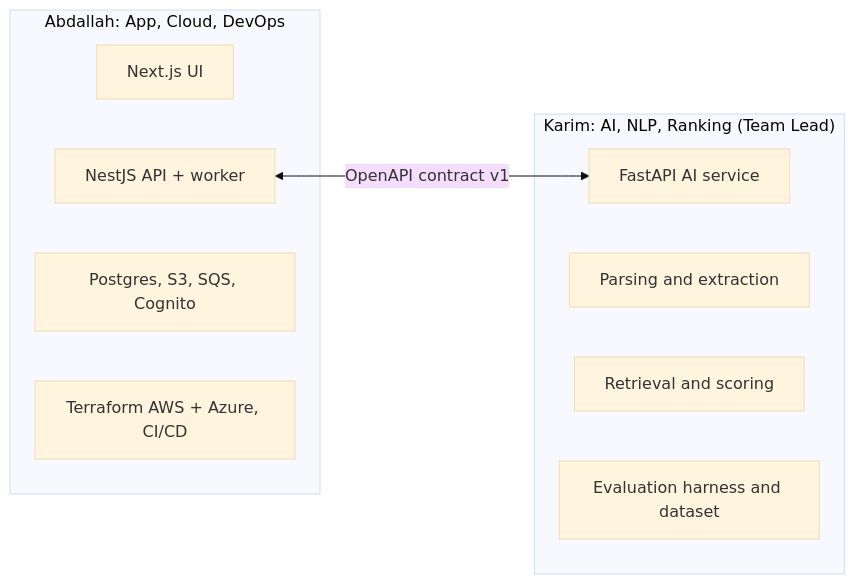
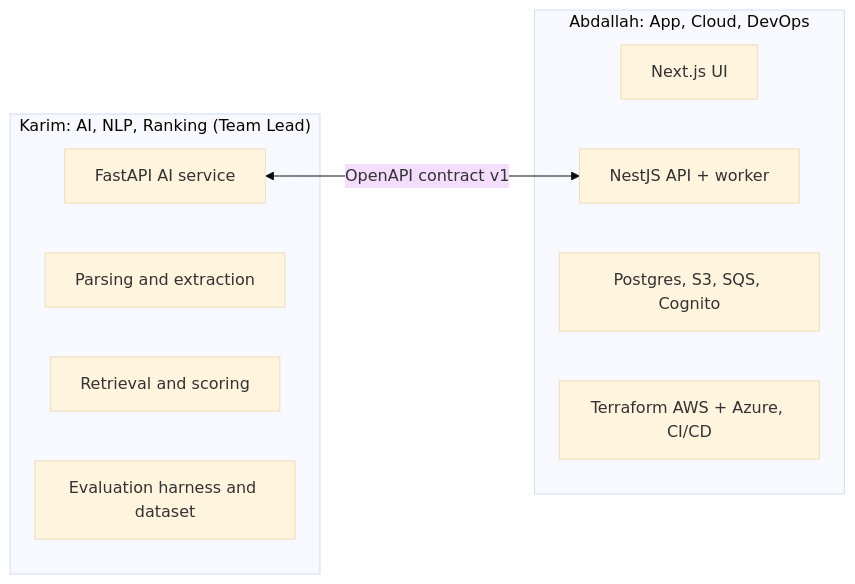
Before and after one commit to a-amin-gabr/ai-recruitment-platform: the diagram in docs/decisions/001-team-and-ownership.md, drawn with Mermaid (base theme). The commit also changed other lines of this file and 15 other files, not shown here.

Commit message:
docs: fix Mermaid diagrams and prioritize Karim as Team Lead for solo meeting

````diff
--- a/docs/decisions/001-team-and-ownership.md
+++ b/docs/decisions/001-team-and-ownership.md
@@ -26,16 +26,16 @@
 ```mermaid
 flowchart LR
+    subgraph Karim["Karim: AI, NLP, Ranking (Team Lead)"]
+        K1["FastAPI AI service"]
+        K2["Parsing and extraction"]
+        K3["Retrieval and scoring"]
+        K4["Evaluation harness and dataset"]
+    end
     subgraph Abdallah["Abdallah: App, Cloud, DevOps"]
         A1["Next.js UI"]
         A2["NestJS API + worker"]
         A3["Postgres, S3, SQS, Cognito"]
         A4["Terraform AWS + Azure, CI/CD"]
     end
-    subgraph Karim["Karim: AI, NLP, Ranking (Team Lead)"]
-        K1["FastAPI AI service"]
-        K2["Parsing and extraction"]
-        K3["Retrieval and scoring"]
-        K4["Evaluation harness and dataset"]
-    end
-    A2 <-->|"OpenAPI contract v1"| K1
+    K1 <-->|"OpenAPI contract v1"| A2
 ```
````
